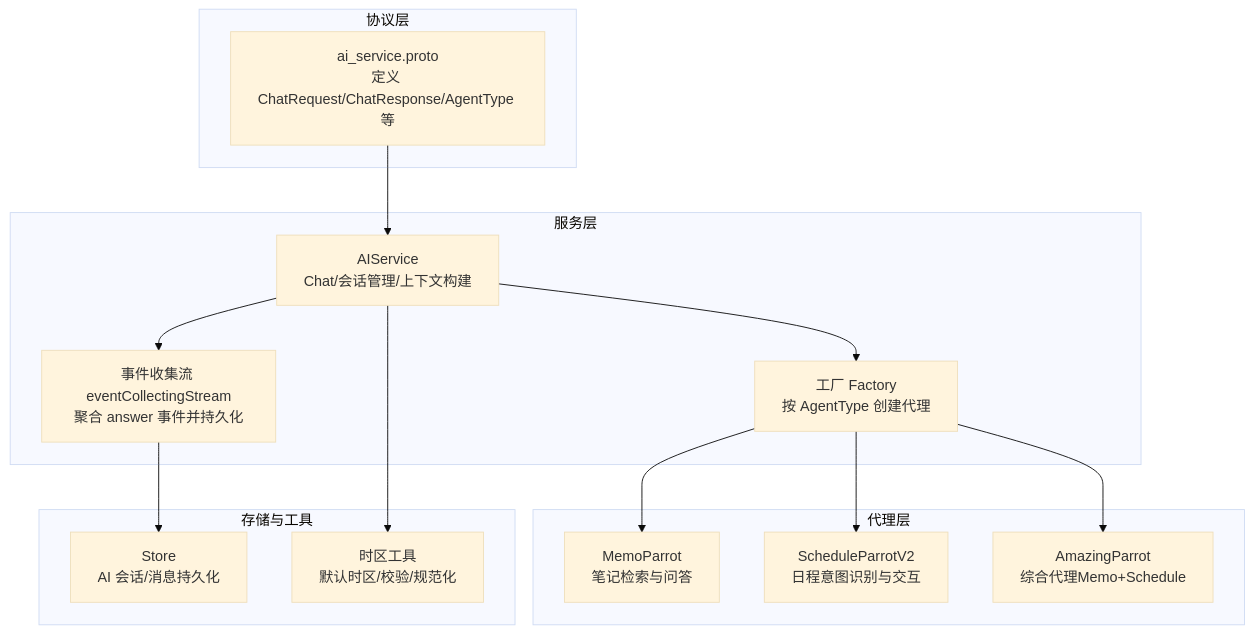
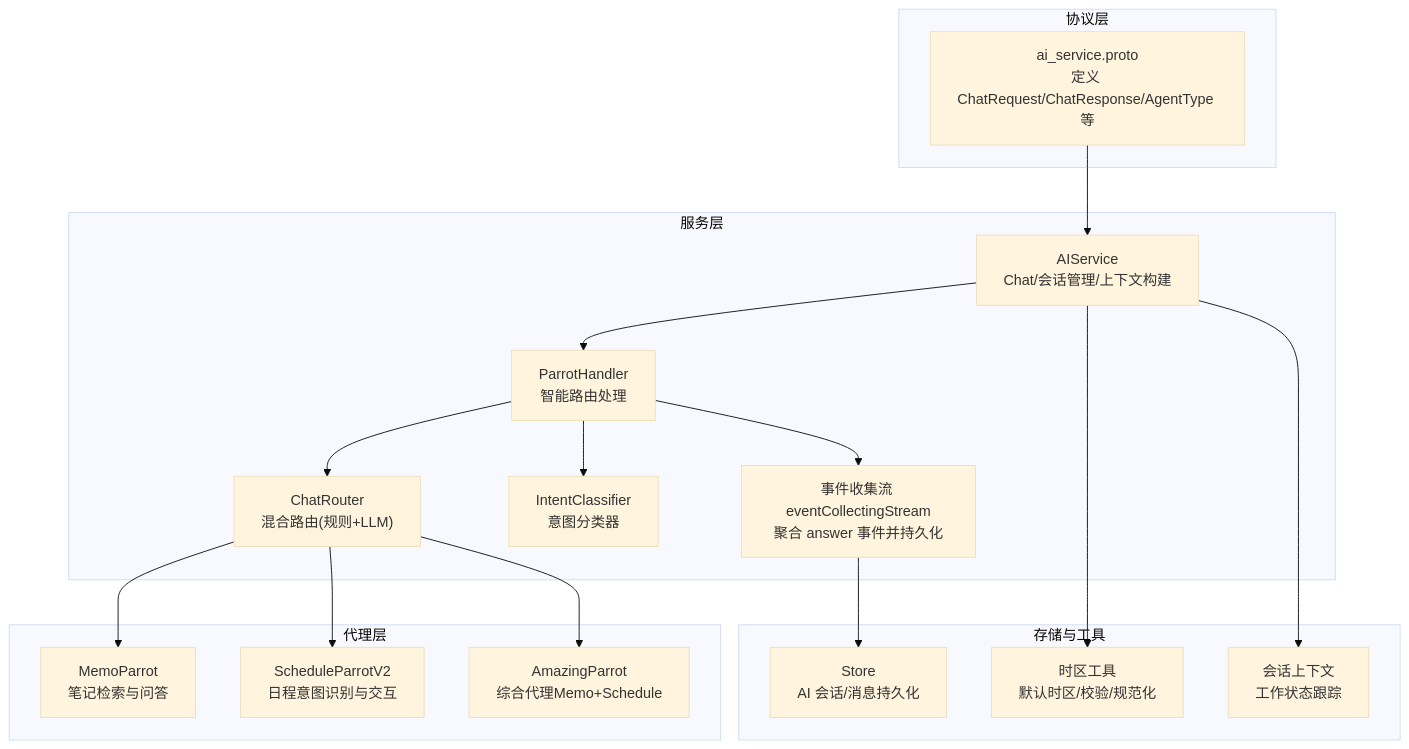
Before and after one commit to hrygo/memos: the first of 5 diagrams in .qoder/repowiki/zh/content/API 接口文档/服务接口规范/AI 服务 API/聊天对话 API.md, drawn with Mermaid (base theme). The commit also changed other lines of this file and 29 other files, not shown here.

````diff
--- a/.qoder/repowiki/zh/content/API 接口文档/服务接口规范/AI 服务 API/聊天对话 API.md
+++ b/.qoder/repowiki/zh/content/API 接口文档/服务接口规范/AI 服务 API/聊天对话 API.md
@@ -44,28 +58,34 @@
 ```mermaid
 graph TB
 subgraph "协议层"
 P["ai_service.proto<br/>定义 ChatRequest/ChatResponse/AgentType 等"]
 end
 subgraph "服务层"
 S["AIService<br/>Chat/会话管理/上下文构建"]
-FB["工厂 Factory<br/>按 AgentType 创建代理"]
+PH["ParrotHandler<br/>智能路由处理"]
+FR["ChatRouter<br/>混合路由(规则+LLM)"]
+IC["IntentClassifier<br/>意图分类器"]
 EH["事件收集流 eventCollectingStream<br/>聚合 answer 事件并持久化"]
 end
 subgraph "代理层"
 MP["MemoParrot<br/>笔记检索与问答"]
 SP["ScheduleParrotV2<br/>日程意图识别与交互"]
 AP["AmazingParrot<br/>综合代理Memo+Schedule"]
 end
 subgraph "存储与工具"
 ST["Store<br/>AI 会话/消息持久化"]
 TZ["时区工具<br/>默认时区/校验/规范化"]
+CTX["会话上下文<br/>工作状态跟踪"]
 end
 P --> S
-S --> FB
-FB --> MP
-FB --> SP
-FB --> AP
-S --> EH
+S --> PH
+PH --> FR
+PH --> IC
+FR --> MP
+FR --> SP
+FR --> AP
+PH --> EH
 EH --> ST
 S --> TZ
+S --> CTX
 ```
````
